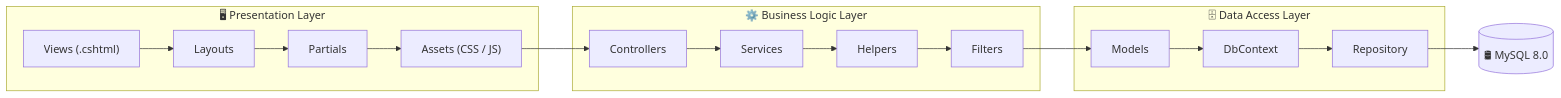
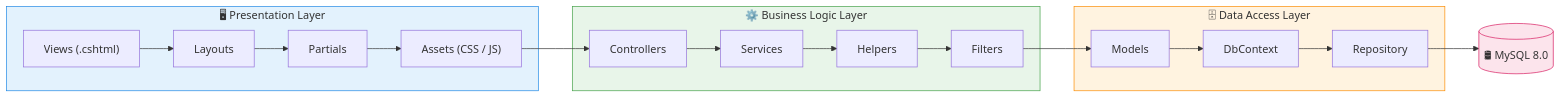
One commit to fachriramdhan/stock-management-system---StokApp changed the diagram in README.md. Above: the diagram before and after it, drawn with Mermaid.

````diff
--- a/README.md
+++ b/README.md
@@ -121,46 +121,48 @@
 ```mermaid
 flowchart LR
     %% =========================
-    %% Presentation Layer
+    %% Row 1
     %% =========================
     subgraph Presentation["🖥 Presentation Layer"]
         V["Views (.cshtml)"]
         L["Layouts"]
         P["Partials"]
         A["Assets (CSS / JS)"]
         V --> L --> P --> A
     end
 
-    %% =========================
-    %% Business Logic Layer
-    %% =========================
     subgraph Business["⚙️ Business Logic Layer"]
         C["Controllers"]
         S["Services"]
         H["Helpers"]
         F["Filters"]
         C --> S --> H --> F
     end
 
     %% =========================
-    %% Data Access Layer
+    %% Row 2
     %% =========================
     subgraph Data["🗄 Data Access Layer"]
         M["Models"]
         D["DbContext"]
         R["Repository"]
         M --> D --> R
     end
 
-    %% =========================
-    %% Database
-    %% =========================
     DB[(🛢 MySQL 8.0)]
 
     %% =========================
-    %% Flow Antar Layer (Zig-Zag)
+    %% Antar Baris
     %% =========================
     A --> C
     F --> M
     R --> DB
+
+    %% =========================
+    %% Styling
+    %% =========================
+    style Presentation fill:#E3F2FD,stroke:#1E88E5,stroke-width:1px
+    style Business fill:#E8F5E9,stroke:#43A047,stroke-width:1px
+    style Data fill:#FFF3E0,stroke:#FB8C00,stroke-width:1px
+    style DB fill:#FCE4EC,stroke:#D81B60,stroke-width:1px
 ```
````
